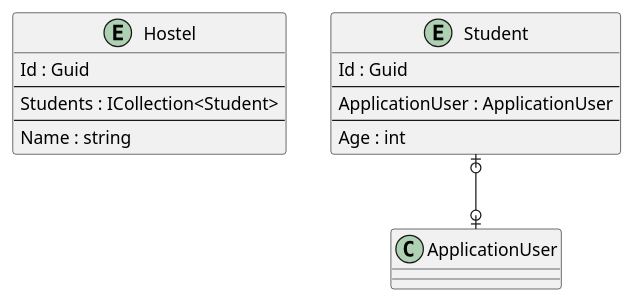
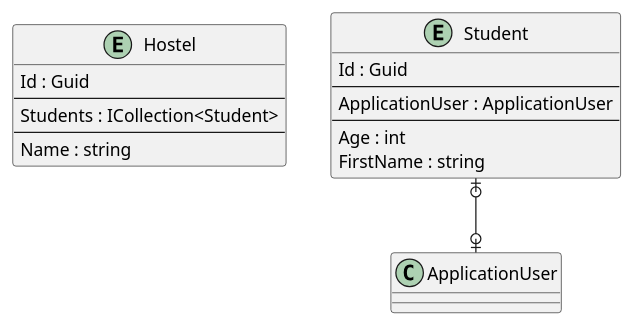
One commit to intrepion/https-code-maze.com-csharp-create-better-looking-console-applications-with-spectre-console- changed the diagram in .docs/HostelStudents.pu. Above: the diagram before and after it, drawn with PlantUML.

```diff
--- a/.docs/HostelStudents.pu
+++ b/.docs/HostelStudents.pu
@@ -1,28 +1,29 @@
 @startuml
 
 entity Hostel {
     Id : Guid
     --
     Students : ICollection<Student>
     ' HostelKeyCodePlaceholder
     --
     Name : string
     ' HostelPropertyCodePlaceholder
 }
 
 entity Student {
     Id : Guid
     --
     ApplicationUser : ApplicationUser
     ' StudentKeyCodePlaceholder
     --
     Age : int
+    FirstName : string
     ' StudentPropertyCodePlaceholder
 }
 
 ' EntityCodePlaceholder
 
 Student |o--o| ApplicationUser
 ' RelationshipCodePlaceholder
 
 @enduml
```
